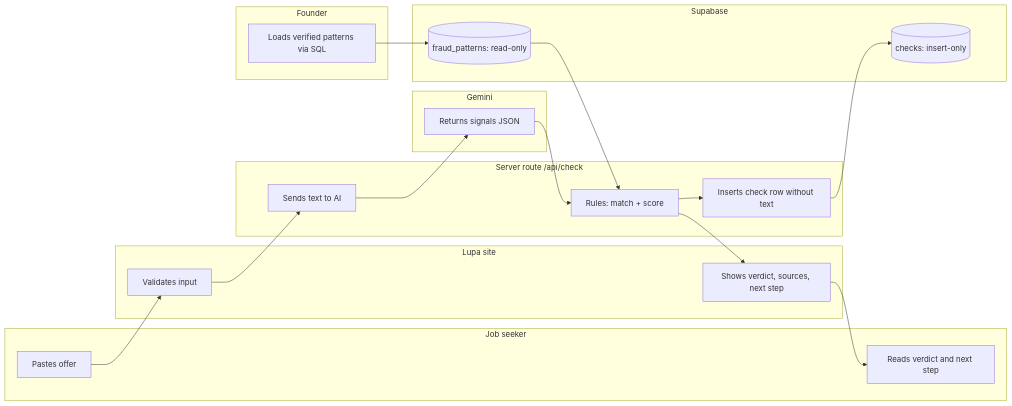
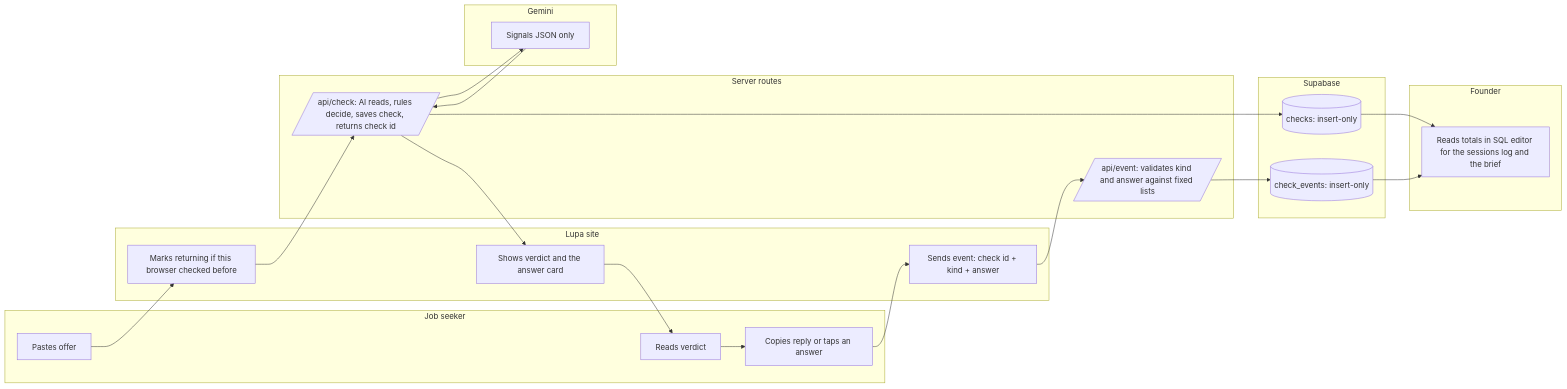
Before and after one commit to rafapieck/lupa: the second of 2 diagrams in docs/PACKET.md, drawn with Mermaid. The commit also changed other lines of this file, not shown here.

First line of the commit message:
docs: Week 13 PACKET (real humans, event log, packet before code)

````diff
--- a/docs/PACKET.md
+++ b/docs/PACKET.md
@@ -60,30 +59,32 @@
 ```mermaid
 flowchart LR
   subgraph U[Job seeker]
     U1[Pastes offer]
-    U2[Reads verdict and next step]
+    U2[Reads verdict]
+    U3[Copies reply or taps an answer]
   end
   subgraph APP[Lupa site]
-    A1[Validates input]
-    A2[Shows verdict, sources, next step]
+    A1[Marks returning if this browser checked before]
+    A2[Shows verdict and the answer card]
+    A3[Sends event: check id + kind + answer]
   end
-  subgraph SRV[Server route /api/check]
-    S1[Sends text to AI]
-    S2[Rules: match + score]
-    S3[Inserts check row without text]
+  subgraph SRV[Server routes]
+    S1[/api/check: AI reads, rules decide, saves check, returns check id/]
+    S2[/api/event: validates kind and answer against fixed lists/]
   end
   subgraph AI[Gemini]
-    L1[Returns signals JSON]
+    L1[Signals JSON only]
   end
   subgraph DB[Supabase]
-    D1[(fraud_patterns: read-only)]
-    D2[(checks: insert-only)]
+    D1[(checks: insert-only)]
+    D2[(check_events: insert-only)]
   end
-  subgraph ADM[Founder]
-    R1[Loads verified patterns via SQL]
+  subgraph F[Founder]
+    R1[Reads totals in SQL editor for the sessions log and the brief]
   end
-  U1 --> A1 --> S1 --> L1 --> S2
-  R1 --> D1 --> S2
-  S2 --> S3 --> D2
-  S2 --> A2 --> U2
+  U1 --> A1 --> S1 --> L1 --> S1
+  S1 --> D1
+  S1 --> A2 --> U2 --> U3 --> A3 --> S2 --> D2
+  D1 --> R1
+  D2 --> R1
 ```
````
